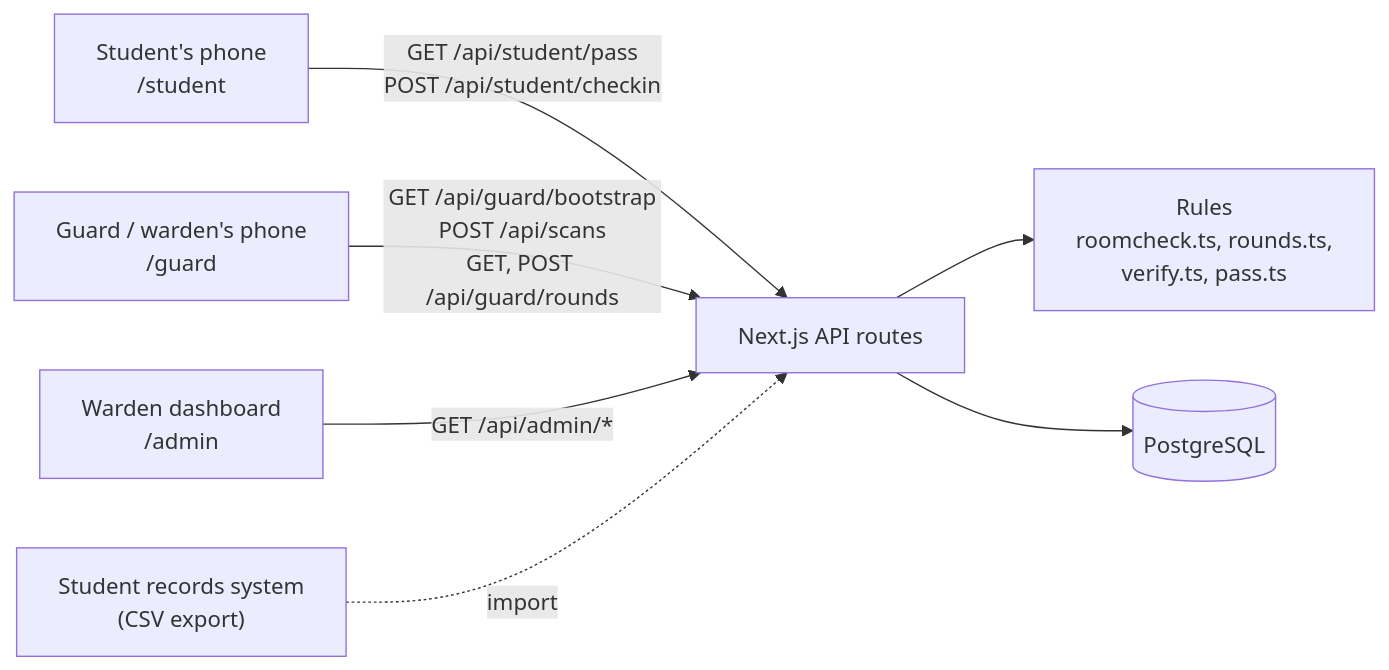
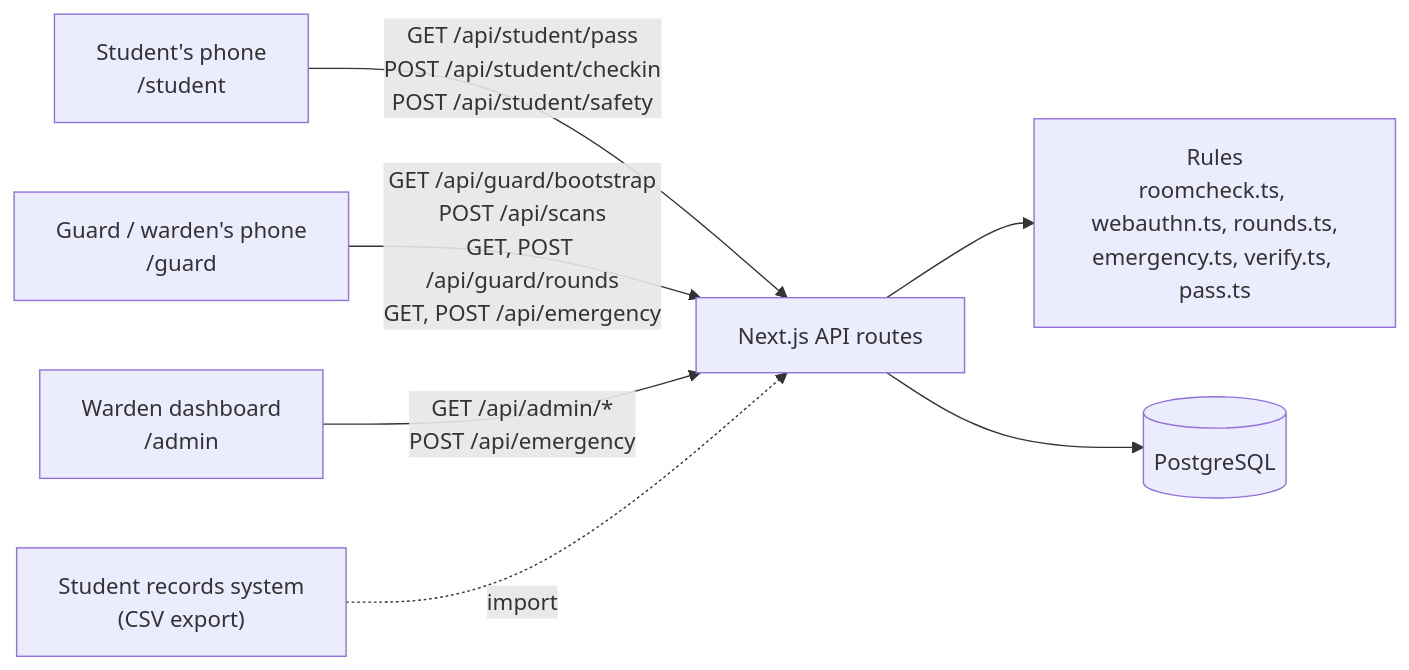
Before and after one commit to RithikhC/CampusOPS: the first of 4 diagrams in docs/TECHNICAL.md, drawn with Mermaid. The commit also changed other lines of this file and 14 other files, not shown here.

````diff
--- a/docs/TECHNICAL.md
+++ b/docs/TECHNICAL.md
@@ -11,9 +11,9 @@
 ```mermaid
 flowchart LR
-    S["Student's phone<br/>/student"] -- "GET /api/student/pass<br/>POST /api/student/checkin" --> API
-    G["Guard / warden's phone<br/>/guard"] -- "GET /api/guard/bootstrap<br/>POST /api/scans<br/>GET, POST /api/guard/rounds" --> API
-    W["Warden dashboard<br/>/admin"] -- "GET /api/admin/*" --> API
-    API["Next.js API routes"] --> R["Rules<br/>roomcheck.ts, rounds.ts,<br/>verify.ts, pass.ts"]
+    S["Student's phone<br/>/student"] -- "GET /api/student/pass<br/>POST /api/student/checkin<br/>POST /api/student/safety" --> API
+    G["Guard / warden's phone<br/>/guard"] -- "GET /api/guard/bootstrap<br/>POST /api/scans<br/>GET, POST /api/guard/rounds<br/>GET, POST /api/emergency" --> API
+    W["Warden dashboard<br/>/admin"] -- "GET /api/admin/*<br/>POST /api/emergency" --> API
+    API["Next.js API routes"] --> R["Rules<br/>roomcheck.ts, webauthn.ts, rounds.ts,<br/>emergency.ts, verify.ts, pass.ts"]
     API --> DB[("PostgreSQL")]
     CSV["Student records system<br/>(CSV export)"] -. import .-> API
 ```
````
